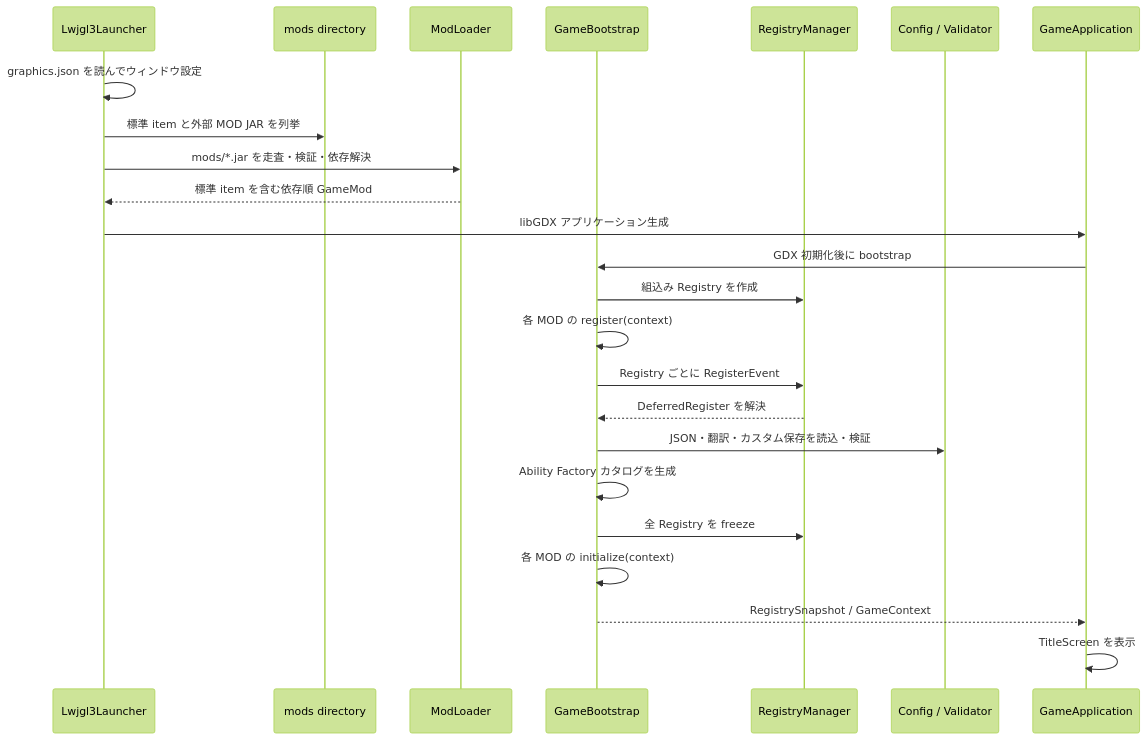
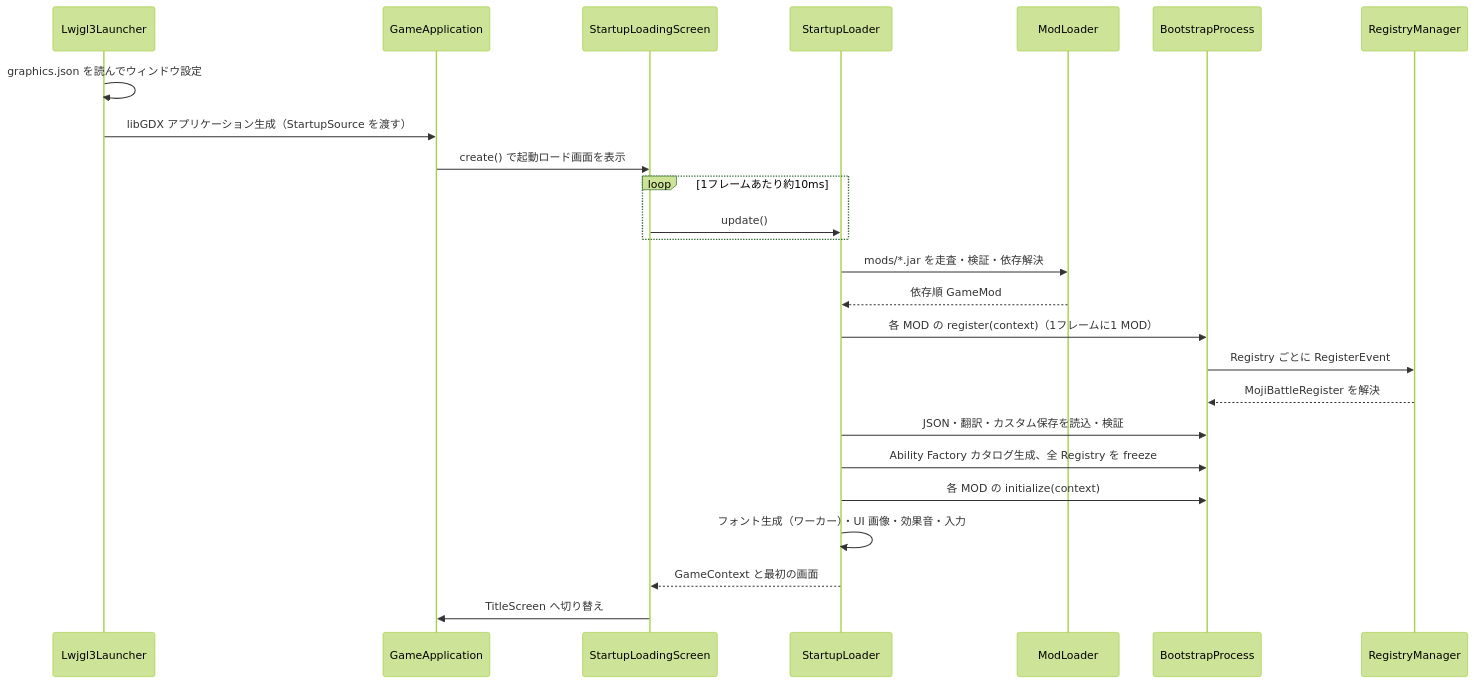
The third of 6 diagrams in README.md (takoyaki3466/MojiBattleEX), drawn with Mermaid (forest theme) before and after one commit. The commit also changed other lines of this file and 19 other files, not shown here.

````diff
--- a/README.md
+++ b/README.md
@@ -186,27 +185,28 @@
 ```mermaid
 sequenceDiagram
     participant L as Lwjgl3Launcher
-    participant S as mods directory
+    participant G as GameApplication
+    participant S as StartupLoadingScreen
+    participant SL as StartupLoader
     participant ML as ModLoader
-    participant B as GameBootstrap
+    participant B as BootstrapProcess
     participant RM as RegistryManager
-    participant D as Config / Validator
-    participant G as GameApplication
 
     L->>L: graphics.json を読んでウィンドウ設定
-    L->>S: 標準 item と外部 MOD JAR を列挙
-    L->>ML: mods/*.jar を走査・検証・依存解決
-    ML-->>L: 標準 item を含む依存順 GameMod
-    L->>G: libGDX アプリケーション生成
-    G->>B: GDX 初期化後に bootstrap
-    B->>RM: 組込み Registry を作成
-    B->>B: 各 MOD の register(context)
+    L->>G: libGDX アプリケーション生成（StartupSource を渡す）
+    G->>S: create() で起動ロード画面を表示
+    loop 1フレームあたり約10ms
+        S->>SL: update()
+    end
+    SL->>ML: mods/*.jar を走査・検証・依存解決
+    ML-->>SL: 依存順 GameMod
+    SL->>B: 各 MOD の register(context)（1フレームに1 MOD）
     B->>RM: Registry ごとに RegisterEvent
-    RM-->>B: DeferredRegister を解決
-    B->>D: JSON・翻訳・カスタム保存を読込・検証
-    B->>B: Ability Factory カタログを生成
-    B->>RM: 全 Registry を freeze
-    B->>B: 各 MOD の initialize(context)
-    B-->>G: RegistrySnapshot / GameContext
-    G->>G: TitleScreen を表示
+    RM-->>B: MojiBattleRegister を解決
+    SL->>B: JSON・翻訳・カスタム保存を読込・検証
+    SL->>B: Ability Factory カタログ生成、全 Registry を freeze
+    SL->>B: 各 MOD の initialize(context)
+    SL->>SL: フォント生成（ワーカー）・UI 画像・効果音・入力
+    SL-->>S: GameContext と最初の画面
+    S->>G: TitleScreen へ切り替え
 ```
````
